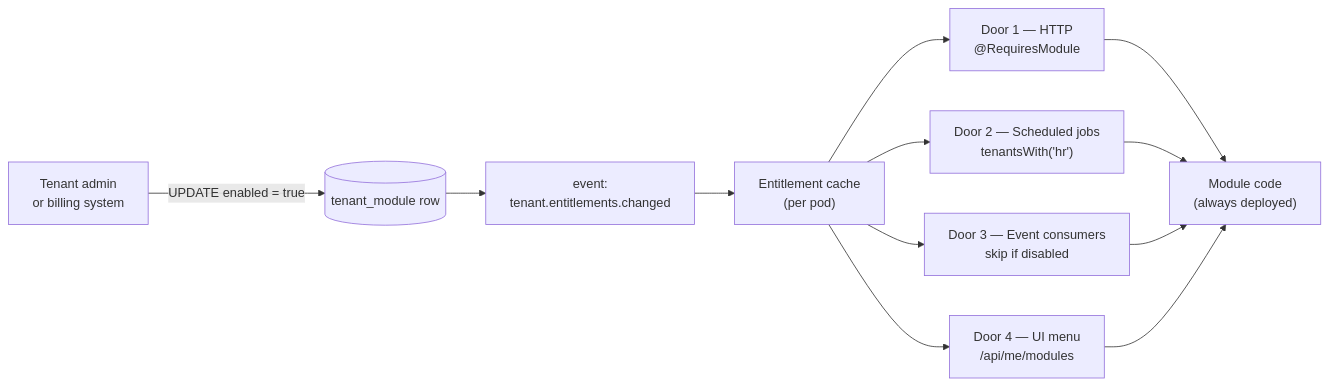
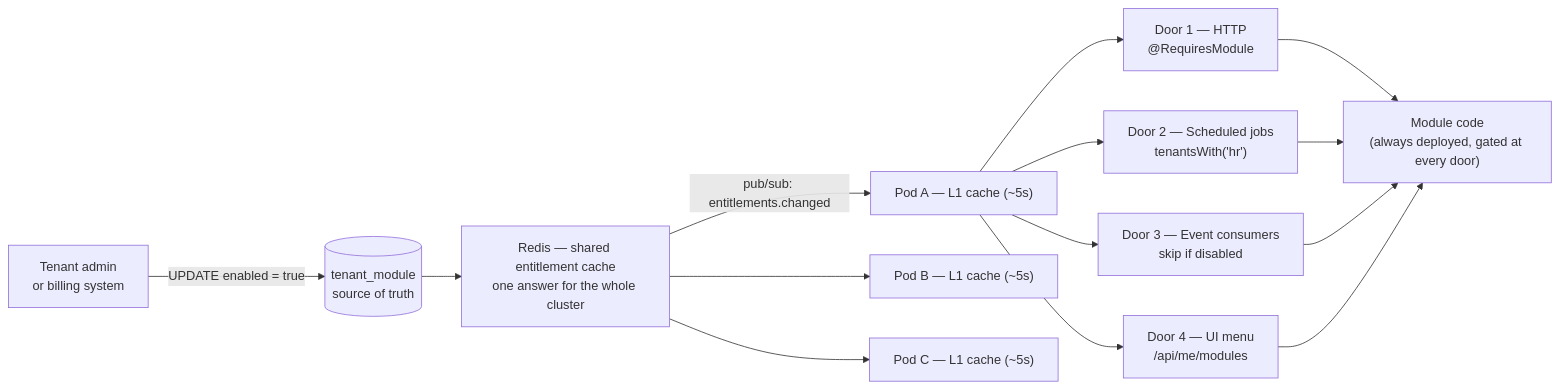
Before and after one commit to novrian/tnemsessa-aisaytirgetni: the second of 3 diagrams in part-1/README.md, drawn with Mermaid. The commit also changed other lines of this file, not shown here.

````diff
--- a/part-1/README.md
+++ b/part-1/README.md
@@ -233,16 +250,18 @@
 ```mermaid
 flowchart LR
-    ADM["Tenant admin<br/>or billing system"] -->|UPDATE enabled = true| TM[("tenant_module row")]
-    TM --> EV["event:<br/>tenant.entitlements.changed"]
-    EV --> CACHE["Entitlement cache<br/>(per pod)"]
+    ADM["Tenant admin<br/>or billing system"] -->|"UPDATE enabled = true"| TM[("tenant_module<br/>source of truth")]
+    TM --> L2["Redis — shared entitlement cache<br/>one answer for the whole cluster"]
+    L2 -->|"pub/sub: entitlements.changed"| L1A["Pod A — L1 cache (~5s)"]
+    L2 --> L1B["Pod B — L1 cache (~5s)"]
+    L2 --> L1C["Pod C — L1 cache (~5s)"]
 
-    CACHE --> D1["Door 1 — HTTP<br/>@RequiresModule"]
-    CACHE --> D2["Door 2 — Scheduled jobs<br/>tenantsWith('hr')"]
-    CACHE --> D3["Door 3 — Event consumers<br/>skip if disabled"]
-    CACHE --> D4["Door 4 — UI menu<br/>/api/me/modules"]
+    L1A --> D1["Door 1 — HTTP<br/>@RequiresModule"]
+    L1A --> D2["Door 2 — Scheduled jobs<br/>tenantsWith('hr')"]
+    L1A --> D3["Door 3 — Event consumers<br/>skip if disabled"]
+    L1A --> D4["Door 4 — UI menu<br/>/api/me/modules"]
 
-    D1 --> APP["Module code<br/>(always deployed)"]
+    D1 --> APP["Module code<br/>(always deployed, gated at every door)"]
     D2 --> APP
     D3 --> APP
     D4 --> APP
 ```
````
